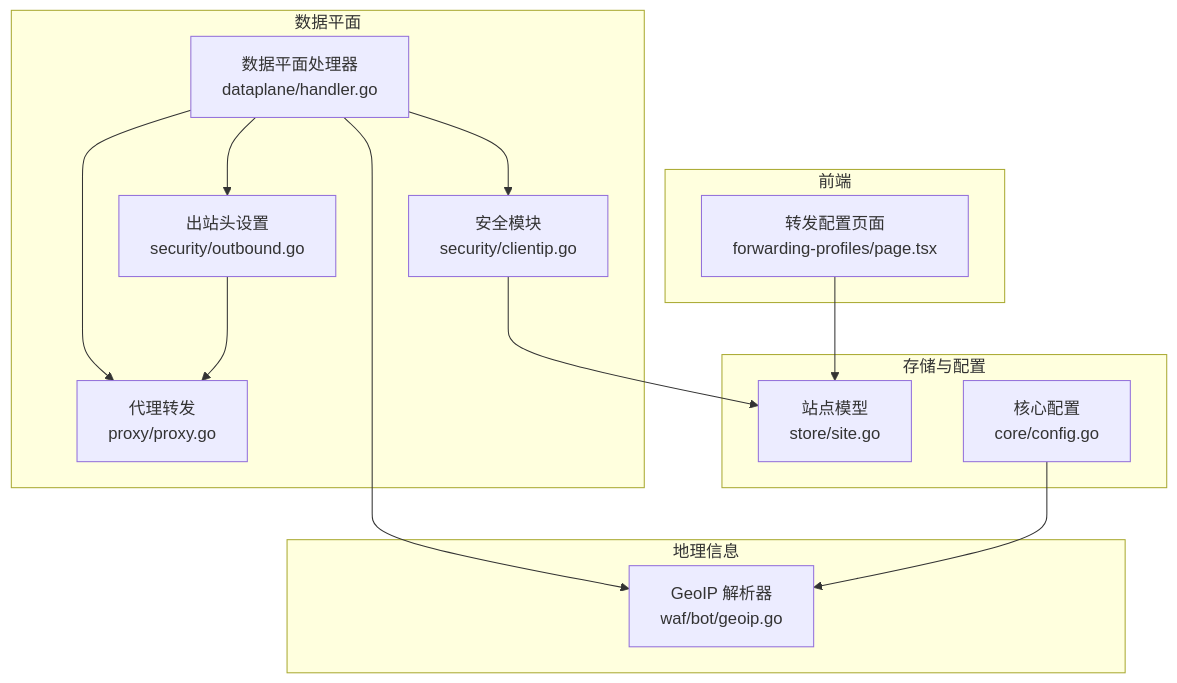
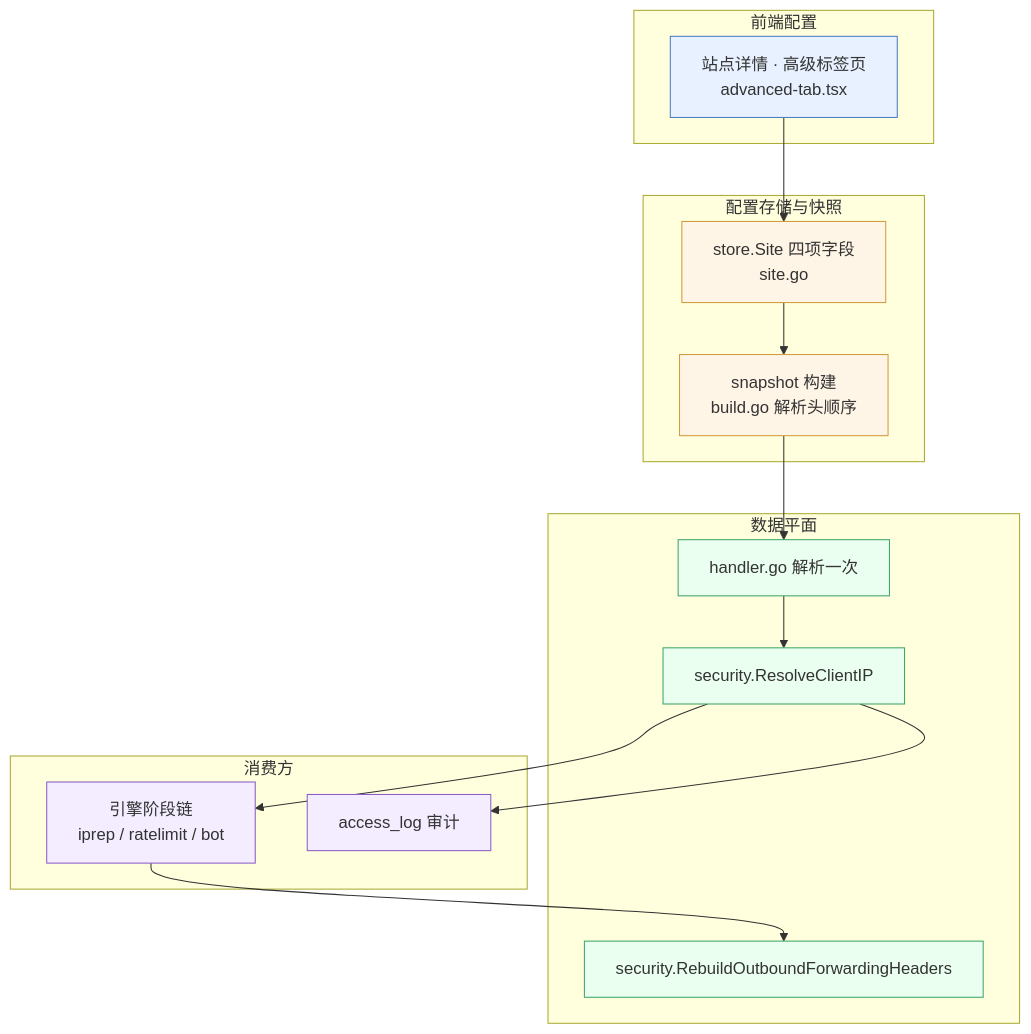
Before and after one commit to x01n/My-OpenWaf: the first of 6 diagrams in docs/安全机制/客户端 IP 获取.md, drawn with Mermaid. The commit also changed other lines of this file and 622 other files, not shown here.

````diff
--- a/docs/安全机制/客户端 IP 获取.md
+++ b/docs/安全机制/客户端 IP 获取.md
@@ -46,27 +77,30 @@
 ```mermaid
 graph TB
-subgraph "前端"
-FE["转发配置页面<br/>forwarding-profiles/page.tsx"]
-end
-subgraph "数据平面"
-DP["数据平面处理器<br/>dataplane/handler.go"]
-SEC["安全模块<br/>security/clientip.go"]
-OUT["出站头设置<br/>security/outbound.go"]
-PRX["代理转发<br/>proxy/proxy.go"]
-end
-subgraph "存储与配置"
-ST["站点模型<br/>store/site.go"]
-CFG["核心配置<br/>core/config.go"]
-end
-subgraph "地理信息"
-GEO["GeoIP 解析器<br/>waf/bot/geoip.go"]
-end
-FE --> ST
-DP --> SEC
-DP --> OUT
-DP --> PRX
-SEC --> ST
-OUT --> PRX
-DP --> GEO
-CFG --> GEO
+  subgraph FE["前端配置"]
+    AT["站点详情 · 高级标签页<br/>advanced-tab.tsx"]:::edge
+  end
+  subgraph ST["配置存储与快照"]
+    SITE["store.Site 四项字段<br/>site.go"]:::cfg
+    BUILD["snapshot 构建<br/>build.go 解析头顺序"]:::cfg
+  end
+  subgraph DP["数据平面"]
+    H["handler.go 解析一次"]:::app
+    SEC["security.ResolveClientIP"]:::app
+    OUT["security.RebuildOutboundForwardingHeaders"]:::app
+  end
+  subgraph CON["消费方"]
+    ENGINE["引擎阶段链<br/>iprep / ratelimit / bot"]:::dom
+    LOG["access_log 审计"]:::dom
+  end
+  AT --> SITE
+  SITE --> BUILD
+  BUILD --> H
+  H --> SEC
+  SEC --> ENGINE
+  SEC --> LOG
+  ENGINE --> OUT
+  classDef edge fill:#e8f1ff,stroke:#4a7dbf
+  classDef cfg fill:#fff5e6,stroke:#d39a3c
+  classDef app fill:#eafff0,stroke:#3ea56a
+  classDef dom fill:#f4ecff,stroke:#8a5cc6
 ```
````
